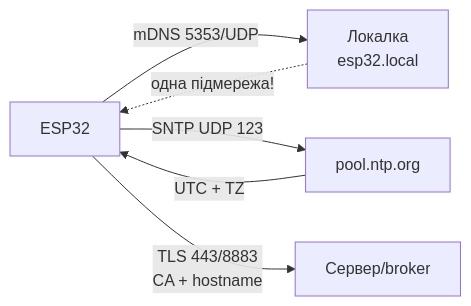
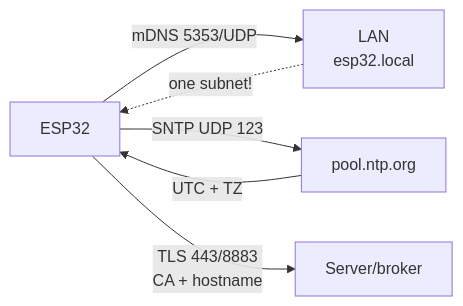
Before and after one commit to ksalab/embedded-reference: the diagram in obsidian_vault/ESP32-Reference/EN/15-Protocols/03-mDNS-NTP-TLS.en.md, drawn with Mermaid. The commit also changed other lines of this file and 76 other files, not shown here.

````diff
--- a/obsidian_vault/ESP32-Reference/EN/15-Protocols/03-mDNS-NTP-TLS.en.md
+++ b/obsidian_vault/ESP32-Reference/EN/15-Protocols/03-mDNS-NTP-TLS.en.md
@@ -69,8 +68,8 @@
 ```mermaid
 graph LR
-    ESP[ESP32] -->|mDNS 5353/UDP| LAN[Локалка<br/>esp32.local]
+    ESP[ESP32] -->|mDNS 5353/UDP| LAN[LAN<br/>esp32.local]
     ESP -->|SNTP UDP 123| NTP[pool.ntp.org]
     NTP -->|UTC + TZ| ESP
-    ESP -->|TLS 443/8883<br/>CA + hostname| SRV[Сервер/broker]
-    LAN -.->|одна підмережа!| ESP
+    ESP -->|TLS 443/8883<br/>CA + hostname| SRV[Server/broker]
+    LAN -.->|one subnet!| ESP
 ```
````
